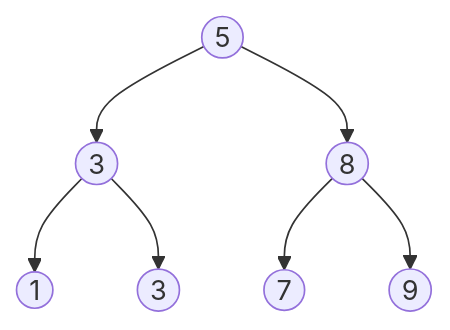
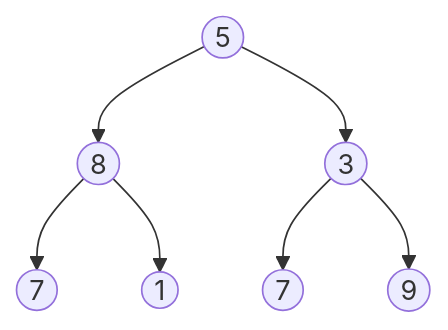
The diagram in src/osa5/05-rekursio.md (ISEAI-JYU/Programming-2), drawn with Mermaid before and after one commit.

Commit message:
Somewhat random numbers to the tree

````diff
--- a/src/osa5/05-rekursio.md
+++ b/src/osa5/05-rekursio.md
@@ -130,10 +130,10 @@
 ```mermaid
 graph TD
 A((5))
-A --> B((3))
-A --> C((8))
-B --> D((1))
-B --> E((3))
+A --> B((8))
+A --> C((3))
+B --> D((7))
+B --> E((1))
 C --> F((7))
 C --> G((9))
 ```
````
